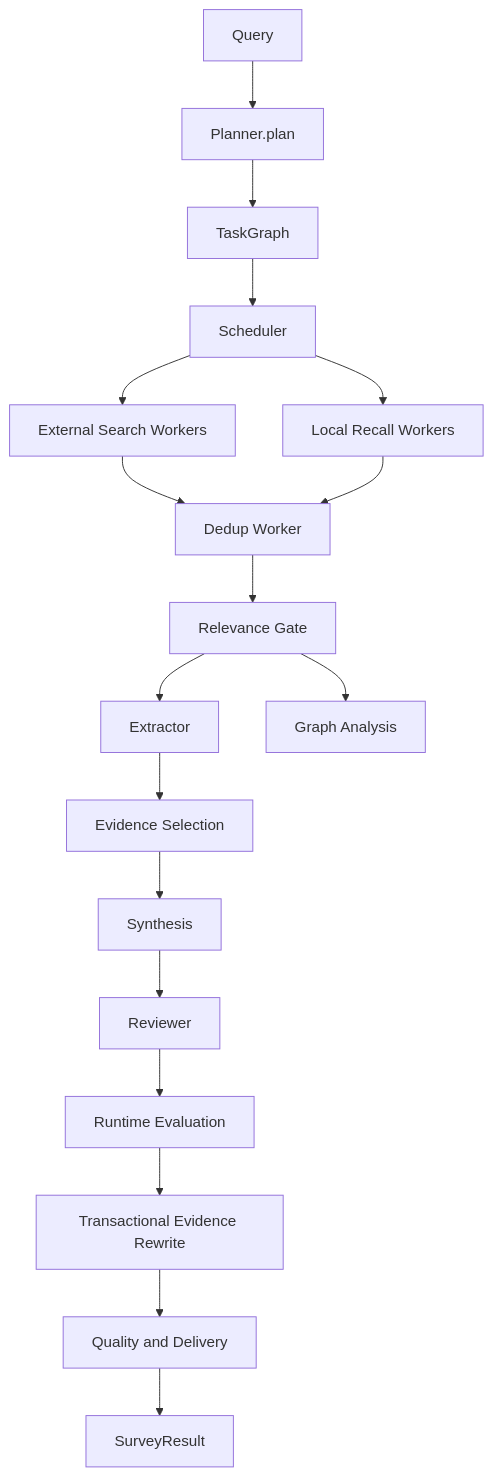
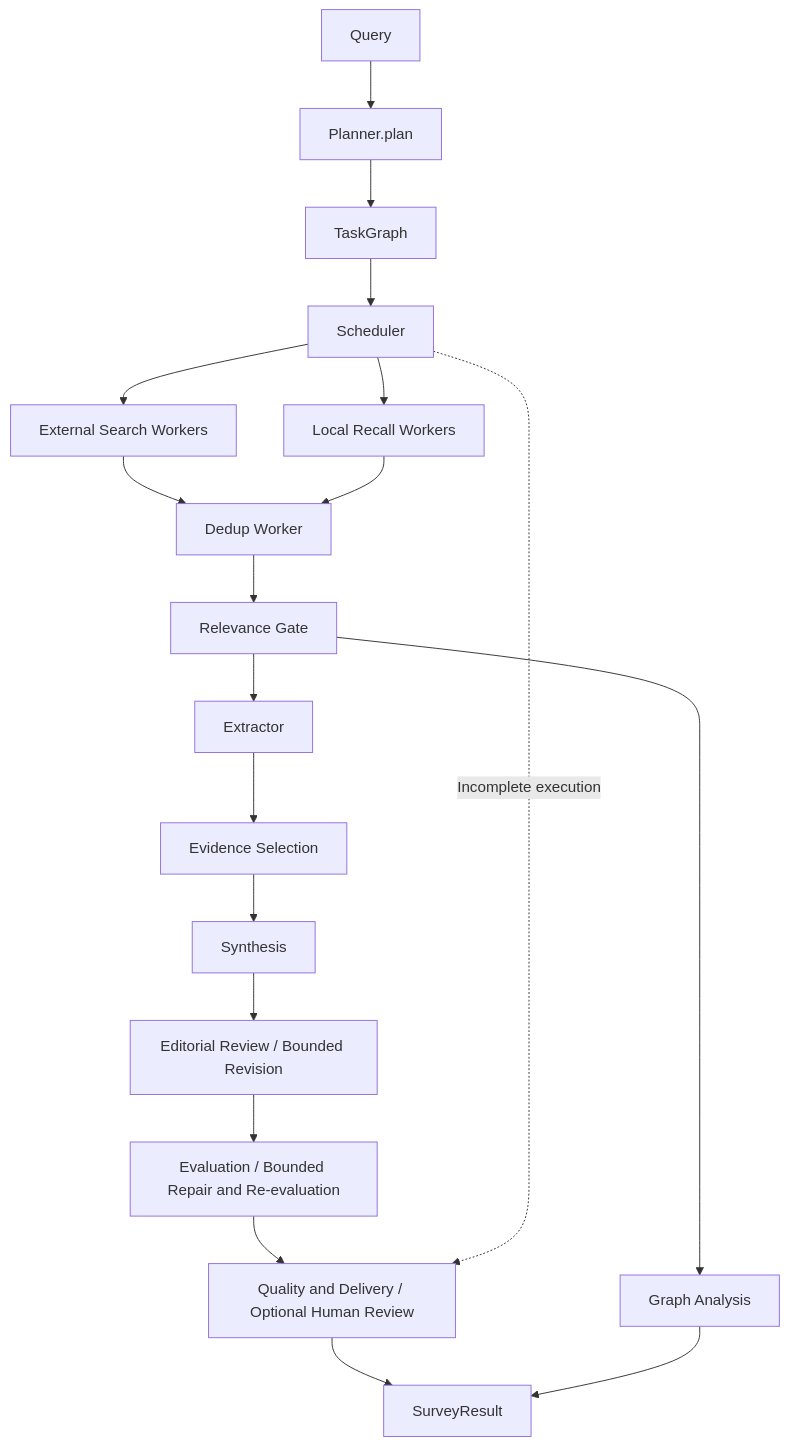
Before and after one commit to Zeakle/LitAgent: the first of 2 diagrams in docs/system-overview.md, drawn with Mermaid. The commit also changed other lines of this file and 8 other files, not shown here.

Commit message:
docs: make Chinese README primary and refresh architecture diagrams

````diff
--- a/docs/system-overview.md
+++ b/docs/system-overview.md
@@ -21,20 +26,21 @@
 ```mermaid
 flowchart TD
     Q["Query"] --> P["Planner.plan"]
     P --> T["TaskGraph"]
     T --> S["Scheduler"]
     S --> X["External Search Workers"]
     S --> R["Local Recall Workers"]
     X --> D["Dedup Worker"]
     R --> D
     D --> G["Relevance Gate"]
     G --> E["Extractor"]
     G --> A["Graph Analysis"]
     E --> C["Evidence Selection"]
     C --> Y["Synthesis"]
-    Y --> V["Reviewer"]
-    V --> F["Runtime Evaluation"]
-    F --> W["Transactional Evidence Rewrite"]
-    W --> L["Quality and Delivery"]
+    Y --> V["Editorial Review / Bounded Revision"]
+    V --> F["Evaluation / Bounded Repair and Re-evaluation"]
+    F --> L["Quality and Delivery / Optional Human Review"]
     L --> O["SurveyResult"]
+    A --> O
+    S -. "Incomplete execution" .-> L
 ```
````
